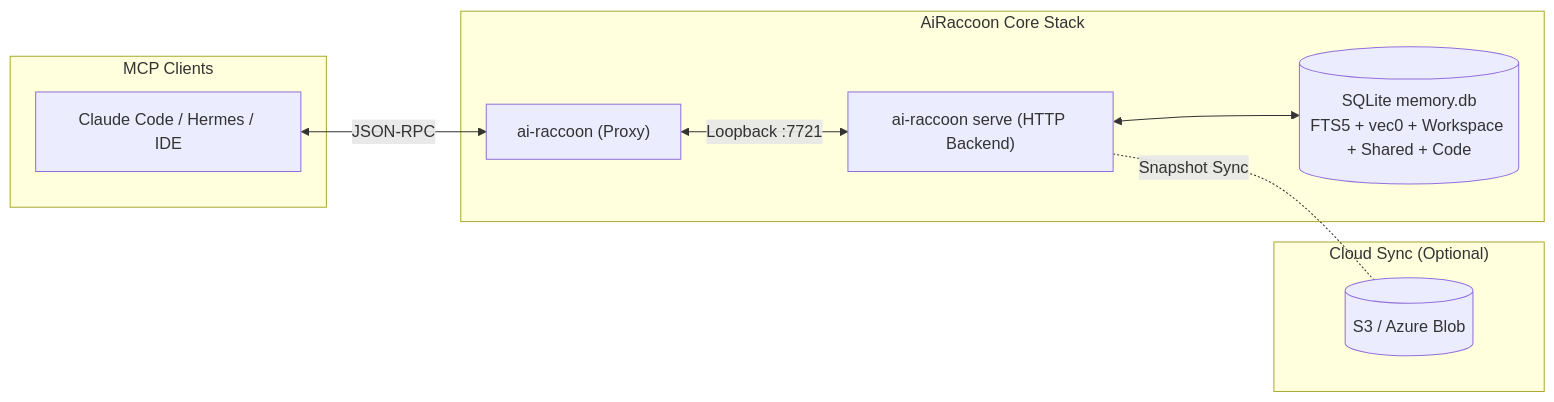
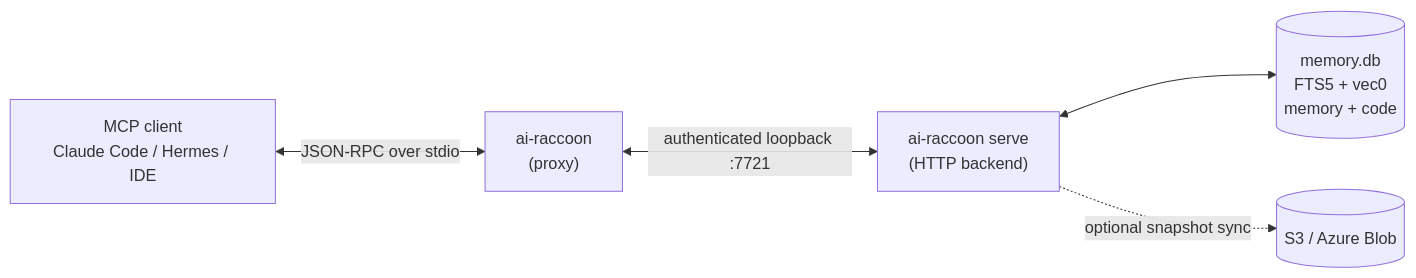
One commit to Arasz/ai-raccoon changed the diagram in README.md. Above: the diagram before and after it, drawn with Mermaid. The commit also changed other lines of this file and 20 other files, not shown here.

````diff
--- a/README.md
+++ b/README.md
@@ -9,21 +9,7 @@
 ```mermaid
 flowchart LR
-    subgraph Clients ["MCP Clients"]
-        Agent["Claude Code / Hermes / IDE"]
-    end
-
-    subgraph Core ["AiRaccoon Core Stack"]
-        Proxy["ai-raccoon (Proxy)"]
-        Server["ai-raccoon serve (HTTP Backend)"]
-        Store[("SQLite memory.db\nFTS5 + vec0 + Workspace + Shared + Code")]
-        
-        Agent <-->|JSON-RPC| Proxy
-        Proxy <-->|Loopback :7721| Server
-        Server <--> Store
-    end
-
-    subgraph Sync ["Cloud Sync (Optional)"]
-        Cloud[("S3 / Azure Blob")]
-        Server -.-|Snapshot Sync| Cloud
-    end
+    Agent["MCP client<br/>Claude Code / Hermes / IDE"] <-->|JSON-RPC over stdio| Proxy["ai-raccoon<br/>(proxy)"]
+    Proxy <-->|authenticated loopback :7721| Server["ai-raccoon serve<br/>(HTTP backend)"]
+    Server <--> Store[("memory.db<br/>FTS5 + vec0<br/>memory + code")]
+    Server -.->|optional snapshot sync| Cloud[("S3 / Azure Blob")]
 ```
````
